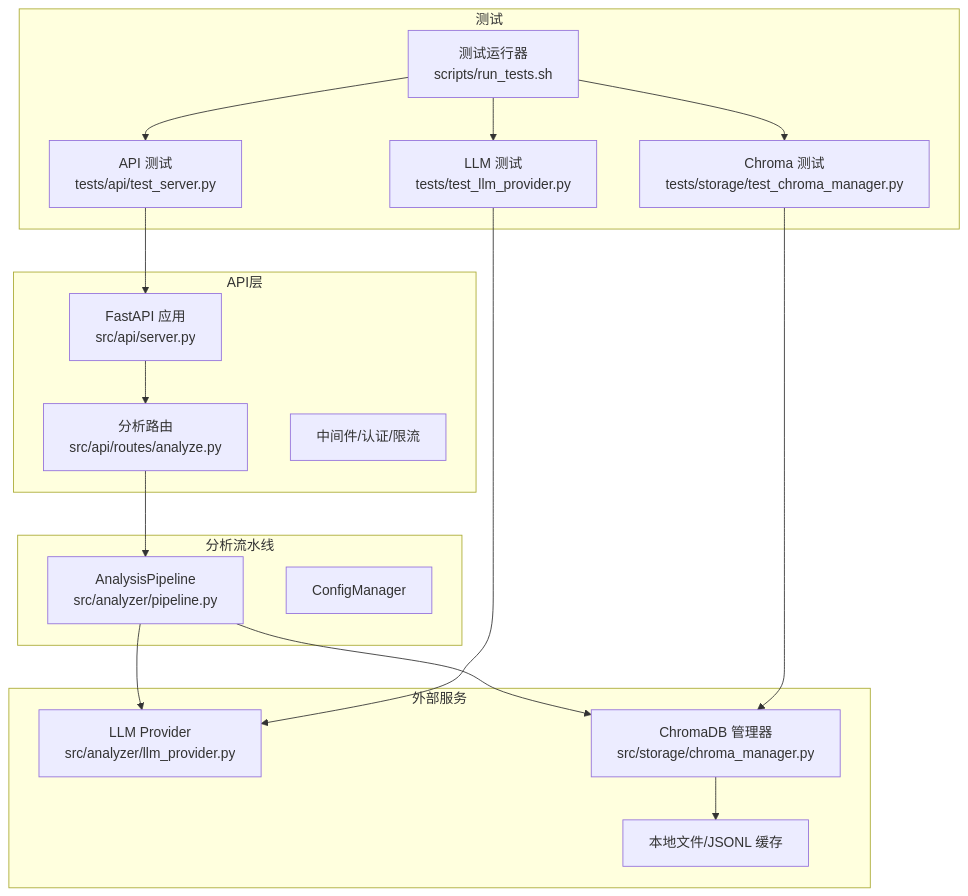
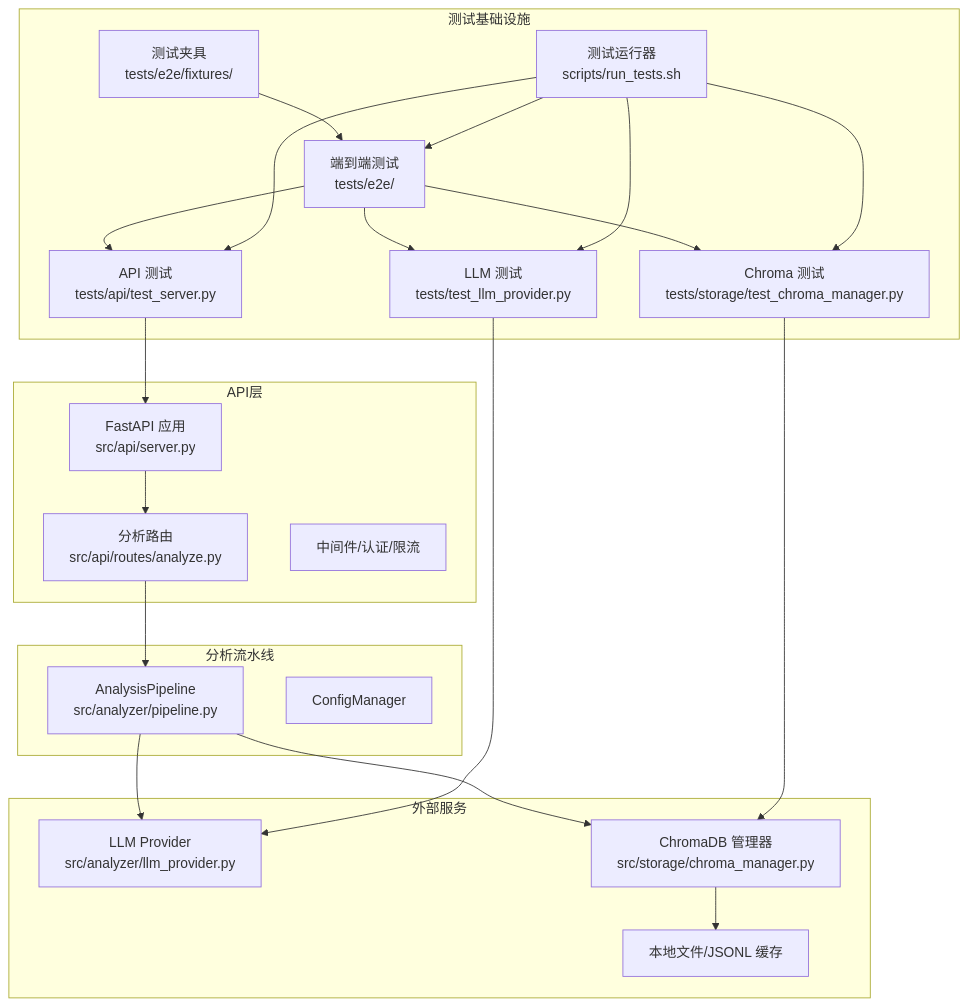
One commit to boyingliu01/fault-review-analyzer changed the first of 7 diagrams in .qoder/repowiki/zh/content/测试策略/集成测试.md. Above: the diagram before and after it, drawn with Mermaid. The commit also changed other lines of this file and 125 other files, not shown here.

````diff
--- a/.qoder/repowiki/zh/content/测试策略/集成测试.md
+++ b/.qoder/repowiki/zh/content/测试策略/集成测试.md
@@ -42,34 +57,41 @@
 ```mermaid
 graph TB
 subgraph "API层"
 A["FastAPI 应用<br/>src/api/server.py"]
 R1["分析路由<br/>src/api/routes/analyze.py"]
 M["中间件/认证/限流"]
 end
 subgraph "分析流水线"
 P["AnalysisPipeline<br/>src/analyzer/pipeline.py"]
 Cfg["ConfigManager"]
 end
 subgraph "外部服务"
 LLM["LLM Provider<br/>src/analyzer/llm_provider.py"]
 VDB["ChromaDB 管理器<br/>src/storage/chroma_manager.py"]
 FS["本地文件/JSONL 缓存"]
 end
-subgraph "测试"
+subgraph "测试基础设施"
 TAPI["API 测试<br/>tests/api/test_server.py"]
 TVDB["Chroma 测试<br/>tests/storage/test_chroma_manager.py"]
 TLLM["LLM 测试<br/>tests/test_llm_provider.py"]
+TE2E["端到端测试<br/>tests/e2e/"]
 RUN["测试运行器<br/>scripts/run_tests.sh"]
+FIXTURES["测试夹具<br/>tests/e2e/fixtures/"]
 end
 A --> R1
 R1 --> P
 P --> LLM
 P --> VDB
 VDB --> FS
 TAPI --> A
 TVDB --> VDB
 TLLM --> LLM
+TE2E --> TAPI
+TE2E --> TVDB
+TE2E --> TLLM
+FIXTURES --> TE2E
 RUN --> TAPI
 RUN --> TVDB
 RUN --> TLLM
+RUN --> TE2E
 ```
````
